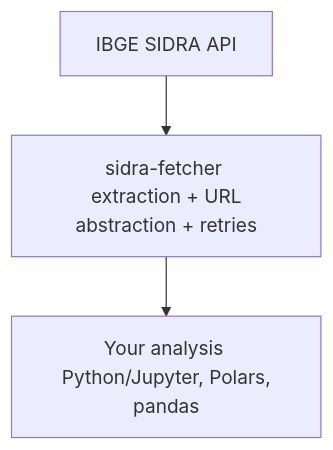
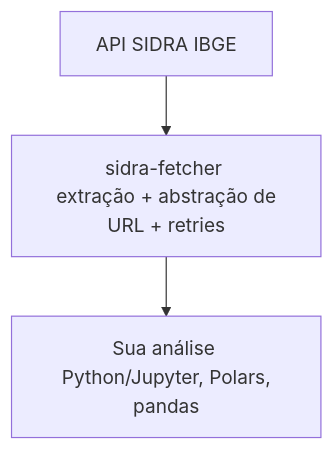
The first of 3 diagrams in docs/ibge/index.md (Quantilica/docs), drawn with Mermaid before and after one commit. The commit also changed other lines of this file and 31 other files, not shown here.

````diff
--- a/docs/ibge/index.md
+++ b/docs/ibge/index.md
@@ -45,5 +45,5 @@
 ```mermaid
 graph TD
-    A[IBGE SIDRA API] --> B[sidra-fetcher <br/> extraction + URL abstraction + retries]
-    B --> C[Your analysis <br/> Python/Jupyter, Polars, pandas]
+    A[API SIDRA IBGE] --> B[sidra-fetcher <br/> extração + abstração de URL + retries]
+    B --> C[Sua análise <br/> Python/Jupyter, Polars, pandas]
 ```
````
